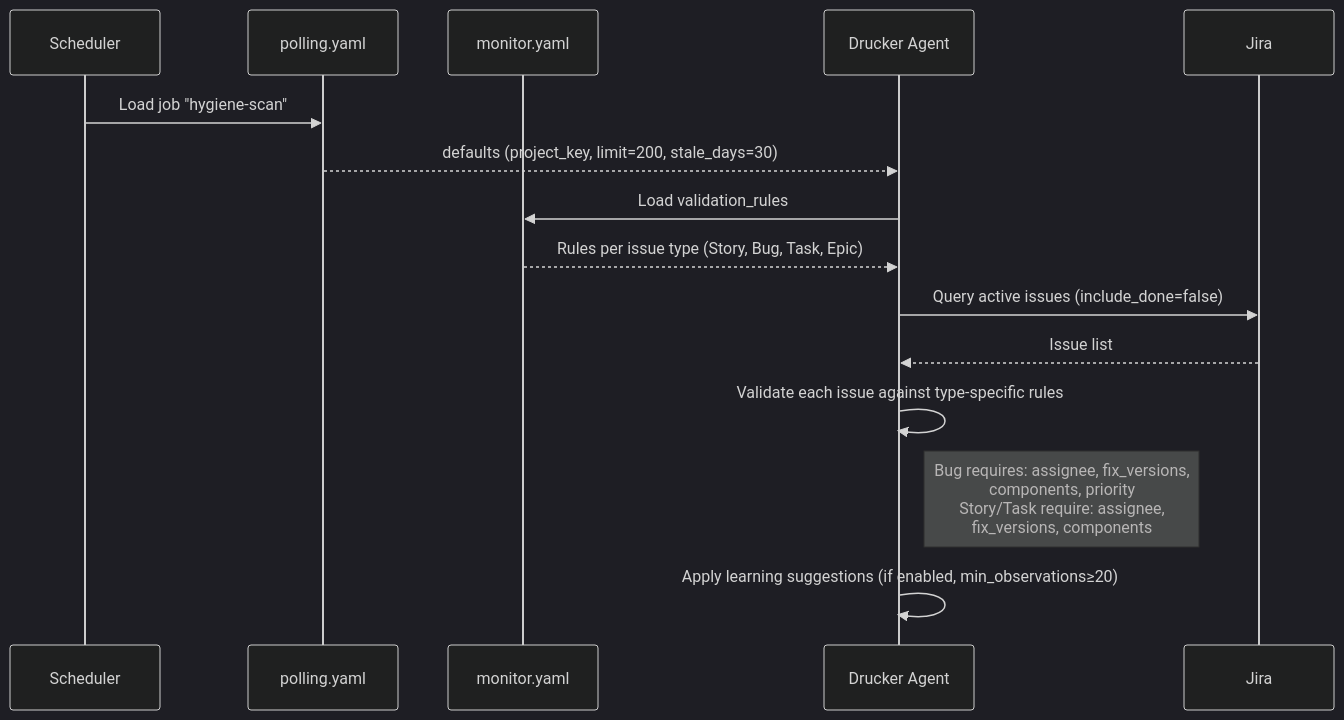
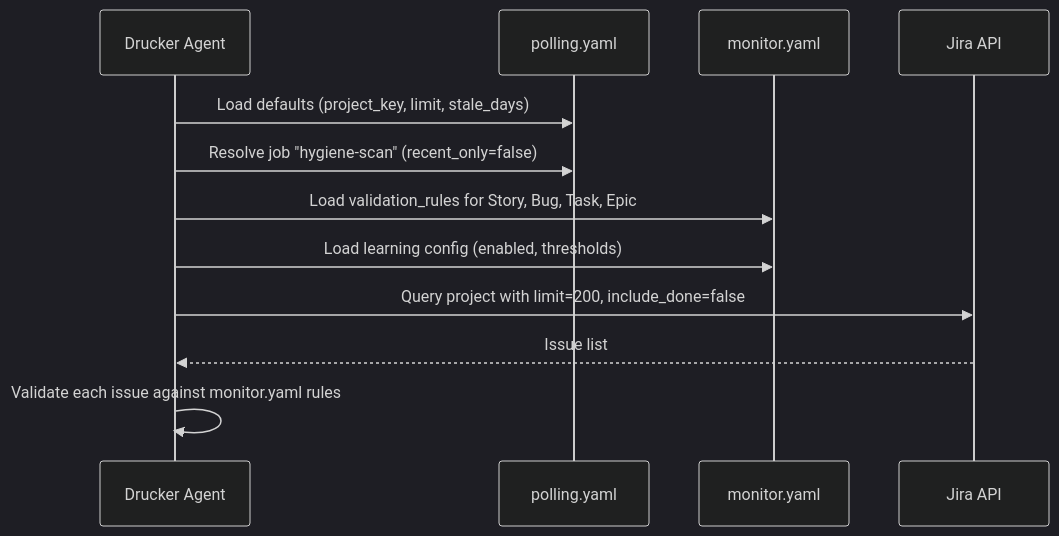
Before and after one commit to jmac-cornelis/agent-workforce: the second of 4 diagrams in docs/agents-drucker-config.md, drawn with Mermaid (dark theme). The commit also changed other lines of this file and 8 other files, not shown here.

````diff
--- a/docs/agents-drucker-config.md
+++ b/docs/agents-drucker-config.md
@@ -77,18 +76,15 @@
 ```mermaid
 sequenceDiagram
-    participant Scheduler
-    participant Polling as polling.yaml
-    participant Monitor as monitor.yaml
-    participant Drucker as Drucker Agent
-    participant Jira
+    participant Agent as Drucker Agent
+    participant PY as polling.yaml
+    participant MY as monitor.yaml
+    participant Jira as Jira API
 
-    Scheduler->>Polling: Load job "hygiene-scan"
-    Polling-->>Drucker: defaults (project_key, limit=200, stale_days=30)
-    Drucker->>Monitor: Load validation_rules
-    Monitor-->>Drucker: Rules per issue type (Story, Bug, Task, Epic)
-    Drucker->>Jira: Query active issues (include_done=false)
-    Jira-->>Drucker: Issue list
-    Drucker->>Drucker: Validate each issue against type-specific rules
-    Note right of Drucker: Bug requires: assignee, fix_versions,<br/>components, priority<br/>Story/Task require: assignee,<br/>fix_versions, components
-    Drucker->>Drucker: Apply learning suggestions (if enabled, min_observations≥20)
+    Agent->>PY: Load defaults (project_key, limit, stale_days)
+    Agent->>PY: Resolve job "hygiene-scan" (recent_only=false)
+    Agent->>MY: Load validation_rules for Story, Bug, Task, Epic
+    Agent->>MY: Load learning config (enabled, thresholds)
+    Agent->>Jira: Query project with limit=200, include_done=false
+    Jira-->>Agent: Issue list
+    Agent->>Agent: Validate each issue against monitor.yaml rules
 ```
````
